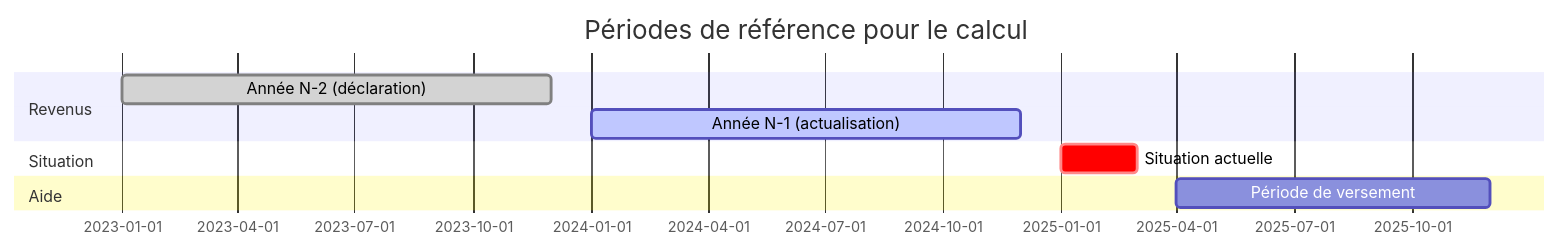
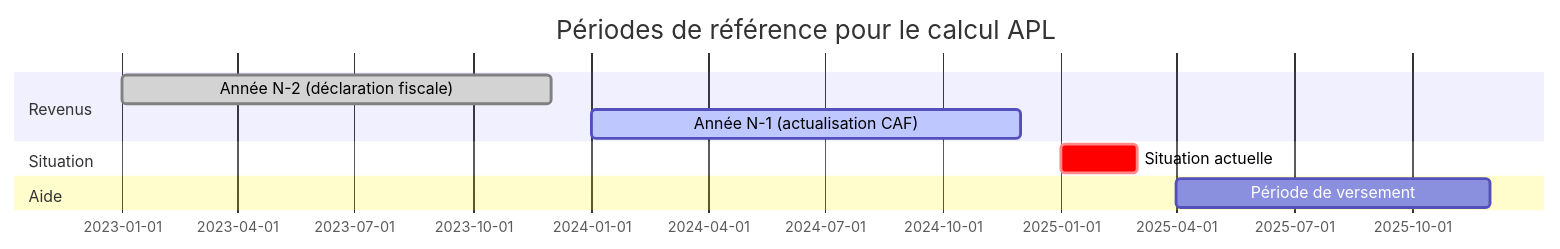
Before and after one commit to ShallowRed/aides-simplifiees-docs: the third of 6 diagrams in docs/99_annexe/ressources-visuelles.md, drawn with Mermaid. The commit also changed other lines of this file and 7 other files, not shown here.

````diff
--- a/docs/99_annexe/ressources-visuelles.md
+++ b/docs/99_annexe/ressources-visuelles.md
@@ -125,15 +85,15 @@
 ```mermaid
 gantt
-    title Périodes de référence pour le calcul
+    title Périodes de référence pour le calcul APL
     dateFormat  YYYY-MM
     
     section Revenus
-    Année N-2 (déclaration)    :done, rev2, 2023-01, 2023-12
-    Année N-1 (actualisation)  :active, rev1, 2024-01, 2024-12
+    Année N-2 (déclaration fiscale)    :done, rev2, 2023-01, 2023-12
+    Année N-1 (actualisation CAF)      :active, rev1, 2024-01, 2024-12
     
     section Situation
-    Situation actuelle         :crit, sit, 2025-01, 2025-03
+    Situation actuelle                 :crit, sit, 2025-01, 2025-03
     
     section Aide
-    Période de versement       :aid, 2025-04, 2025-12
+    Période de versement               :aid, 2025-04, 2025-12
 ```
````
